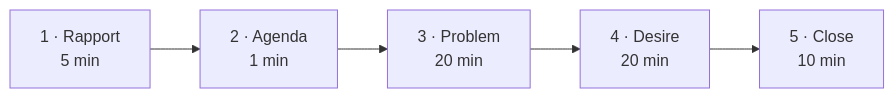
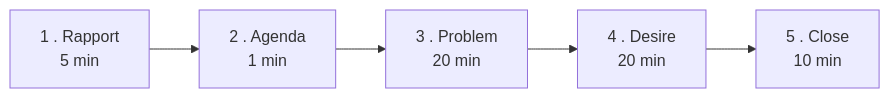
The diagram in docs/first-60-days/week-4/day-21.md (leotansingapore/aia-product-compass-hub), drawn with Mermaid before and after one commit. The commit also changed other lines of this file and 75 other files, not shown here.

````diff
--- a/docs/first-60-days/week-4/day-21.md
+++ b/docs/first-60-days/week-4/day-21.md
@@ -154,4 +154,4 @@
 ```mermaid
 flowchart LR
-    P1["1 · Rapport<br/>5 min"] --> P2["2 · Agenda<br/>1 min"] --> P3["3 · Problem<br/>20 min"] --> P4["4 · Desire<br/>20 min"] --> P5["5 · Close<br/>10 min"]
+    P1["1 . Rapport<br/>5 min"] --> P2["2 . Agenda<br/>1 min"] --> P3["3 . Problem<br/>20 min"] --> P4["4 . Desire<br/>20 min"] --> P5["5 . Close<br/>10 min"]
 ```
````
